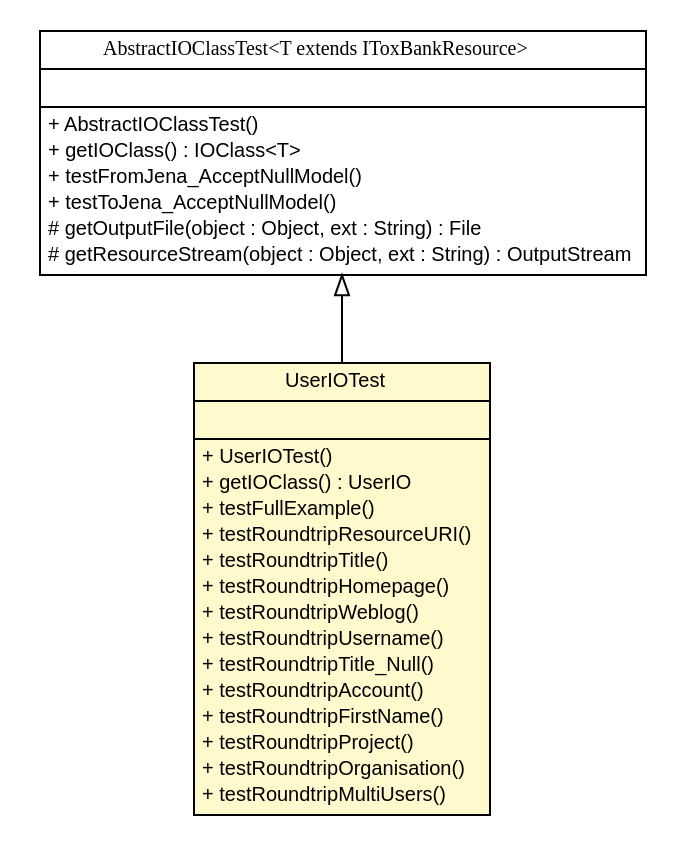
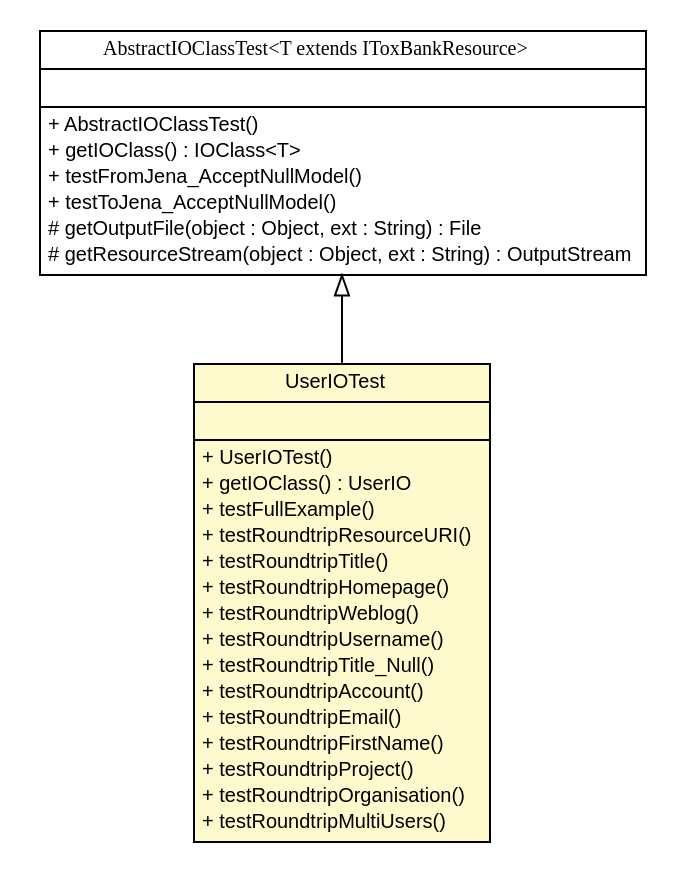
The diagram in testapidocs/net/toxbank/client/io/rdf/UserIOTest.dot (ToxBank/toxbank-api-beans), drawn with Graphviz before and after one commit. The commit also changed 249 other files, not shown here.

```diff
--- a/testapidocs/net/toxbank/client/io/rdf/UserIOTest.dot
+++ b/testapidocs/net/toxbank/client/io/rdf/UserIOTest.dot
@@ -1,54 +1,55 @@
 #!/usr/local/bin/dot
 #
 # Class diagram 
 # Generated by UmlGraph version 4.6 (http://www.spinellis.gr/sw/umlgraph)
 #
 
 digraph G {
 	edge [fontname="arial",fontsize=10,labelfontname="arial",labelfontsize=10];
 	node [fontname="arial",fontsize=10,shape=plaintext];
 	// net.toxbank.client.io.rdf.UserIOTest
 	c42 [label=<<table border="0" cellborder="1" cellspacing="0" cellpadding="2" port="p" bgcolor="lemonChiffon" href="./UserIOTest.html">
 		<tr><td><table border="0" cellspacing="0" cellpadding="1">
 			<tr><td> UserIOTest </td></tr>
 		</table></td></tr>
 		<tr><td><table border="0" cellspacing="0" cellpadding="1">
 			<tr><td align="left">  </td></tr>
 		</table></td></tr>
 		<tr><td><table border="0" cellspacing="0" cellpadding="1">
 			<tr><td align="left"> + UserIOTest() </td></tr>
 			<tr><td align="left"> + getIOClass() : UserIO </td></tr>
 			<tr><td align="left"> + testFullExample() </td></tr>
 			<tr><td align="left"> + testRoundtripResourceURI() </td></tr>
 			<tr><td align="left"> + testRoundtripTitle() </td></tr>
 			<tr><td align="left"> + testRoundtripHomepage() </td></tr>
 			<tr><td align="left"> + testRoundtripWeblog() </td></tr>
 			<tr><td align="left"> + testRoundtripUsername() </td></tr>
 			<tr><td align="left"> + testRoundtripTitle_Null() </td></tr>
 			<tr><td align="left"> + testRoundtripAccount() </td></tr>
+			<tr><td align="left"> + testRoundtripEmail() </td></tr>
 			<tr><td align="left"> + testRoundtripFirstName() </td></tr>
 			<tr><td align="left"> + testRoundtripProject() </td></tr>
 			<tr><td align="left"> + testRoundtripOrganisation() </td></tr>
 			<tr><td align="left"> + testRoundtripMultiUsers() </td></tr>
 		</table></td></tr>
 		</table>>, fontname="arial", fontcolor="black", fontsize=10.0];
 	// net.toxbank.client.io.rdf.AbstractIOClassTest<T extends net.toxbank.client.resource.IToxBankResource>
 	c59 [label=<<table border="0" cellborder="1" cellspacing="0" cellpadding="2" port="p" href="./AbstractIOClassTest.html">
 		<tr><td><table border="0" cellspacing="0" cellpadding="1">
 			<tr><td><font face="ariali"> AbstractIOClassTest&lt;T extends IToxBankResource&gt; </font></td></tr>
 		</table></td></tr>
 		<tr><td><table border="0" cellspacing="0" cellpadding="1">
 			<tr><td align="left">  </td></tr>
 		</table></td></tr>
 		<tr><td><table border="0" cellspacing="0" cellpadding="1">
 			<tr><td align="left"> + AbstractIOClassTest() </td></tr>
 			<tr><td align="left"> + getIOClass() : IOClass&lt;T&gt; </td></tr>
 			<tr><td align="left"> + testFromJena_AcceptNullModel() </td></tr>
 			<tr><td align="left"> + testToJena_AcceptNullModel() </td></tr>
 			<tr><td align="left"> # getOutputFile(object : Object, ext : String) : File </td></tr>
 			<tr><td align="left"> # getResourceStream(object : Object, ext : String) : OutputStream </td></tr>
 		</table></td></tr>
 		</table>>, fontname="arial", fontcolor="black", fontsize=10.0];
 	//net.toxbank.client.io.rdf.UserIOTest extends net.toxbank.client.io.rdf.AbstractIOClassTest<net.toxbank.client.resource.User>
 	c59:p -> c42:p [dir=back,arrowtail=empty];
 }
```
